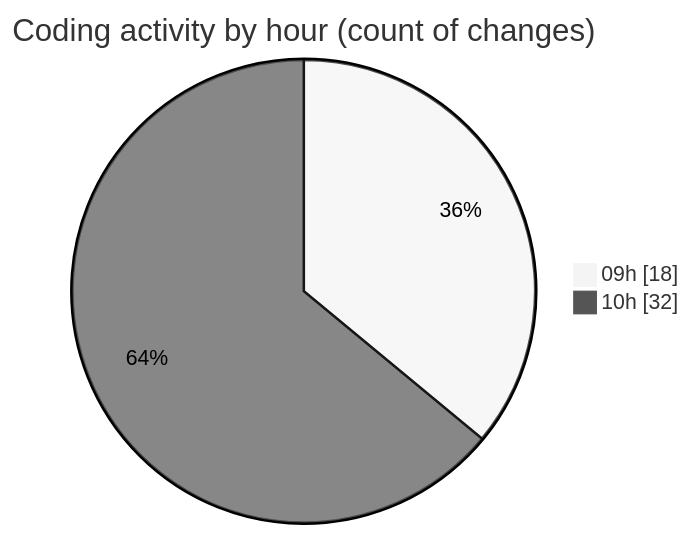
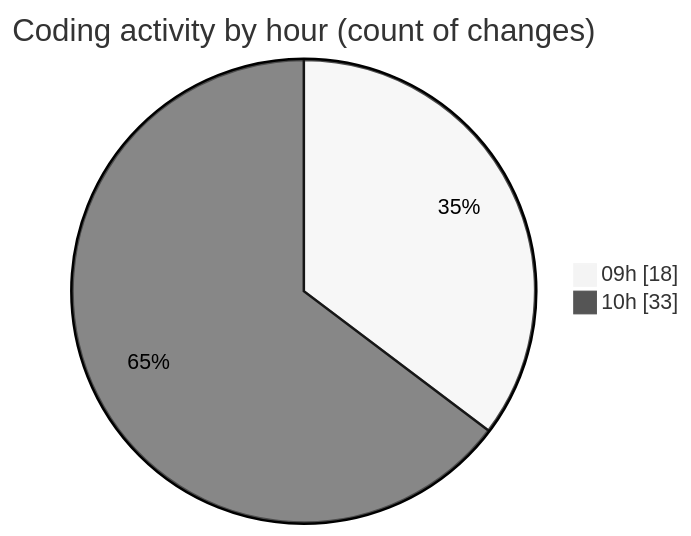
The second of 2 diagrams in 2025-02-11/cda/README.md (momahboobian/code-tracking), drawn with Mermaid (neutral theme) before and after one commit. The commit also changed other lines of this file and 1 other file, not shown here.

````diff
--- a/2025-02-11/cda/README.md
+++ b/2025-02-11/cda/README.md
@@ -30,6 +30,6 @@
 ```mermaid
 pie showData
 title Coding activity by hour (count of changes)
 "09h" : 18
-"10h" : 32
+"10h" : 33
 ```
````
